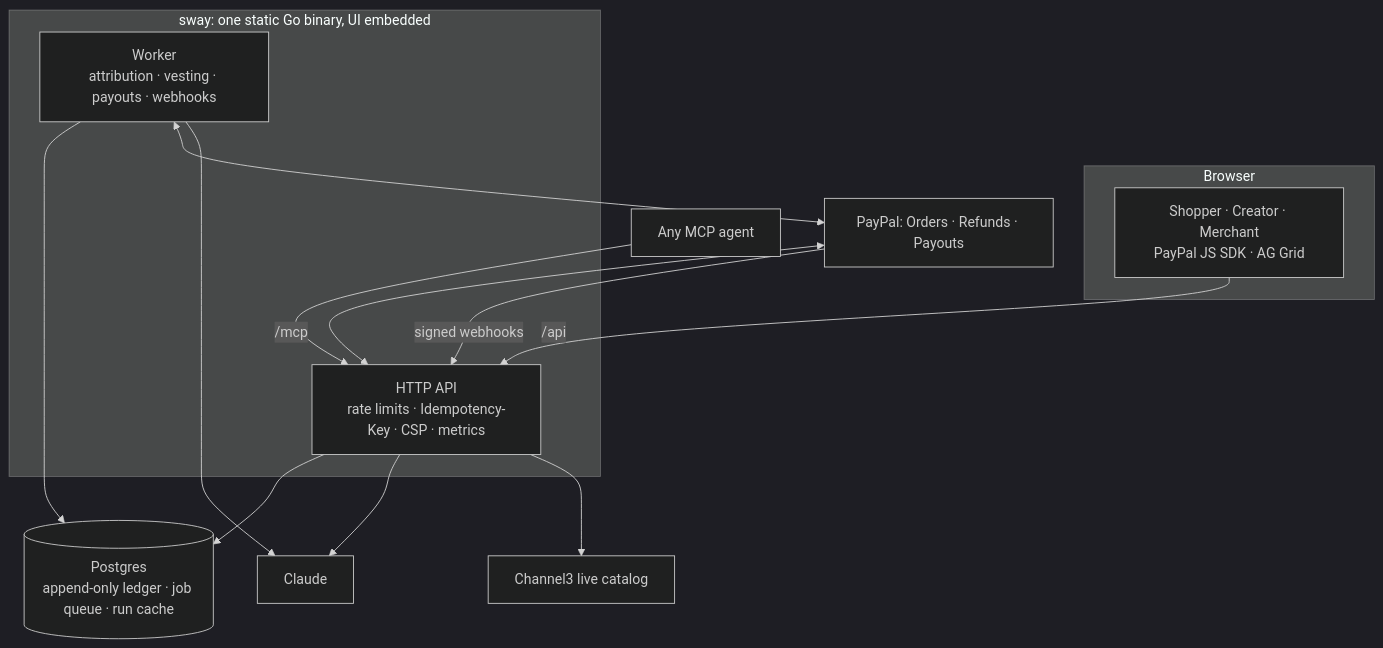
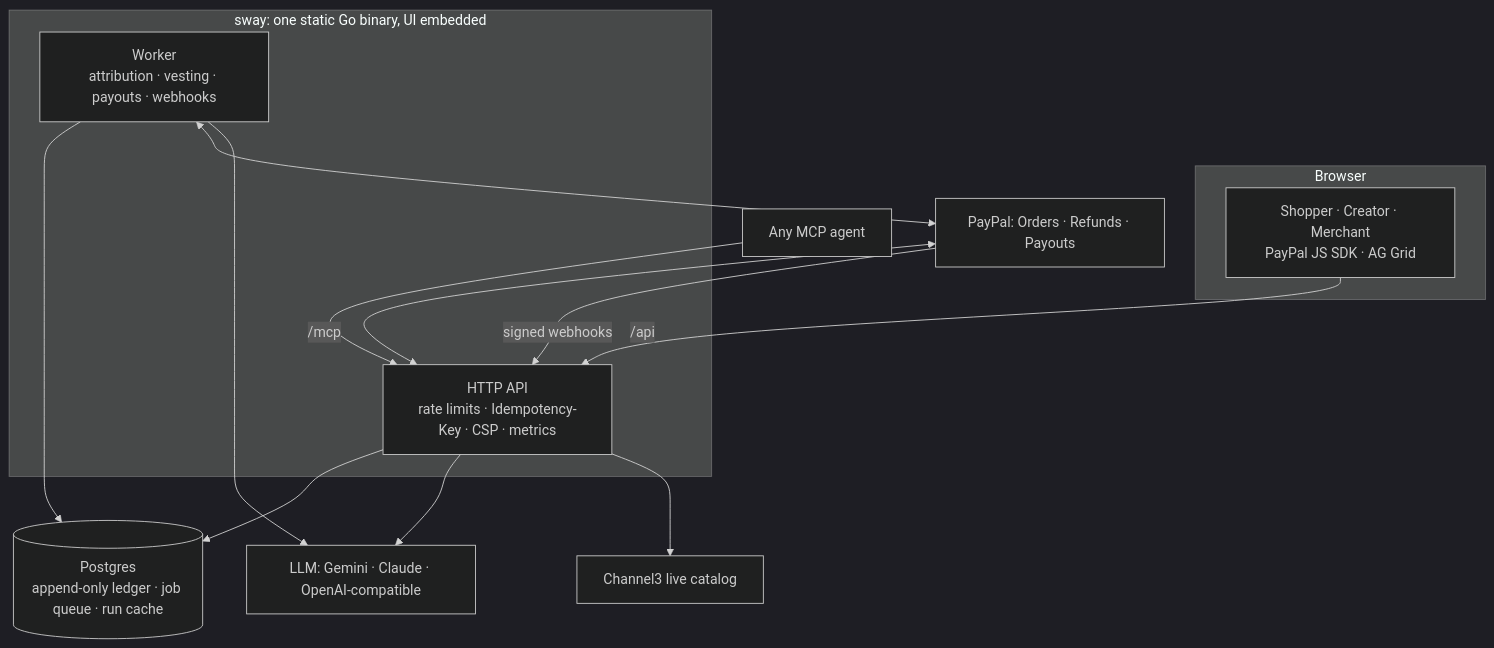
The first of 2 diagrams in README.md (vivekyarra/sway), drawn with Mermaid (dark theme) before and after one commit. The commit also changed other lines of this file and 4 other files, not shown here.

````diff
--- a/README.md
+++ b/README.md
@@ -74,20 +74,20 @@
 ```mermaid
 flowchart TB
     subgraph Browser
       UI[Shopper · Creator · Merchant<br/>PayPal JS SDK · AG Grid]
     end
     AG[Any MCP agent] -->|/mcp| API
     UI -->|/api| API
     subgraph "sway: one static Go binary, UI embedded"
       API[HTTP API<br/>rate limits · Idempotency-Key · CSP · metrics]
       W[Worker<br/>attribution · vesting · payouts · webhooks]
     end
     API --> PG[(Postgres<br/>append-only ledger · job queue · run cache)]
     W --> PG
     PP[PayPal: Orders · Refunds · Payouts] <--> API
     PP -->|signed webhooks| API
     W <--> PP
-    W --> C[Claude]
+    W --> C[LLM: Gemini · Claude · OpenAI-compatible]
     API --> C
     API --> C3[Channel3 live catalog]
 ```
````
